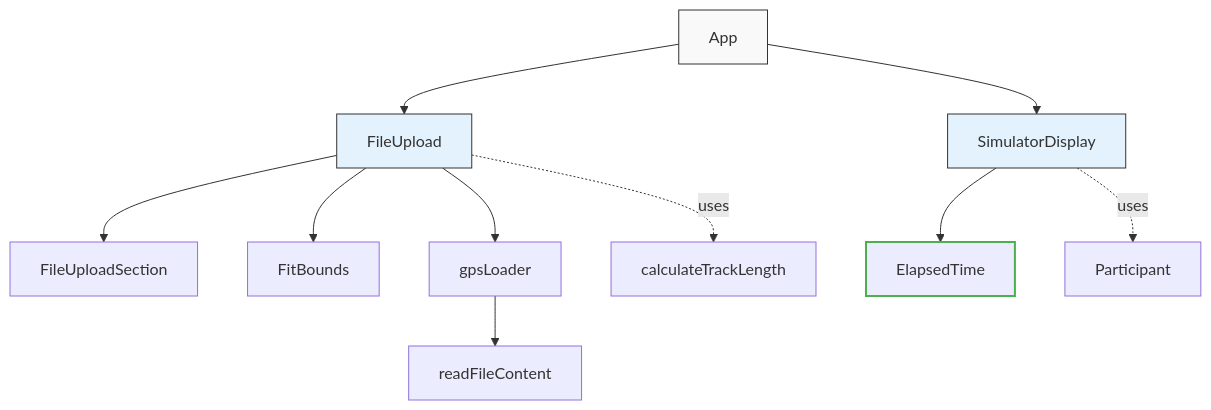
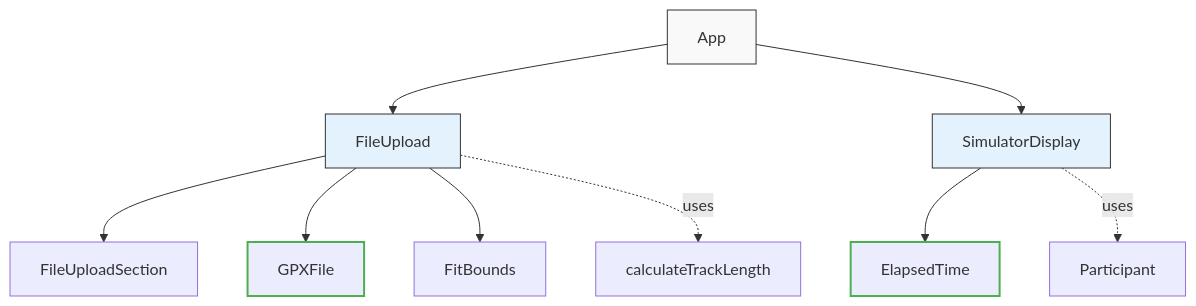
One commit to johnsyweb/crashcourse changed the diagram in README.md. Above: the diagram before and after it, drawn with Mermaid. The commit also changed other lines of this file and 22 other files, not shown here.

````diff
--- a/README.md
+++ b/README.md
@@ -102,17 +107,17 @@
 ```mermaid
 graph TD
     App[App] --> FU[FileUpload]
     App --> SD[SimulatorDisplay]
     FU --> FUS[FileUploadSection]
+    FU --> GPX[GPXFile]
     FU --> FB[FitBounds]
     SD --> ET[ElapsedTime]
-    FU --> GL[gpsLoader]
-    GL --> RFC[readFileContent]
     FU -.uses.-> CTL[calculateTrackLength]
     SD -.uses.-> P[Participant]
     
     style ET stroke:#4CAF50,stroke-width:2px
+    style GPX stroke:#4CAF50,stroke-width:2px
     style App fill:#f9f9f9,stroke:#333,stroke-width:1px
     style FU fill:#e3f2fd,stroke:#333,stroke-width:1px
     style SD fill:#e3f2fd,stroke:#333,stroke-width:1px
 ```
````
